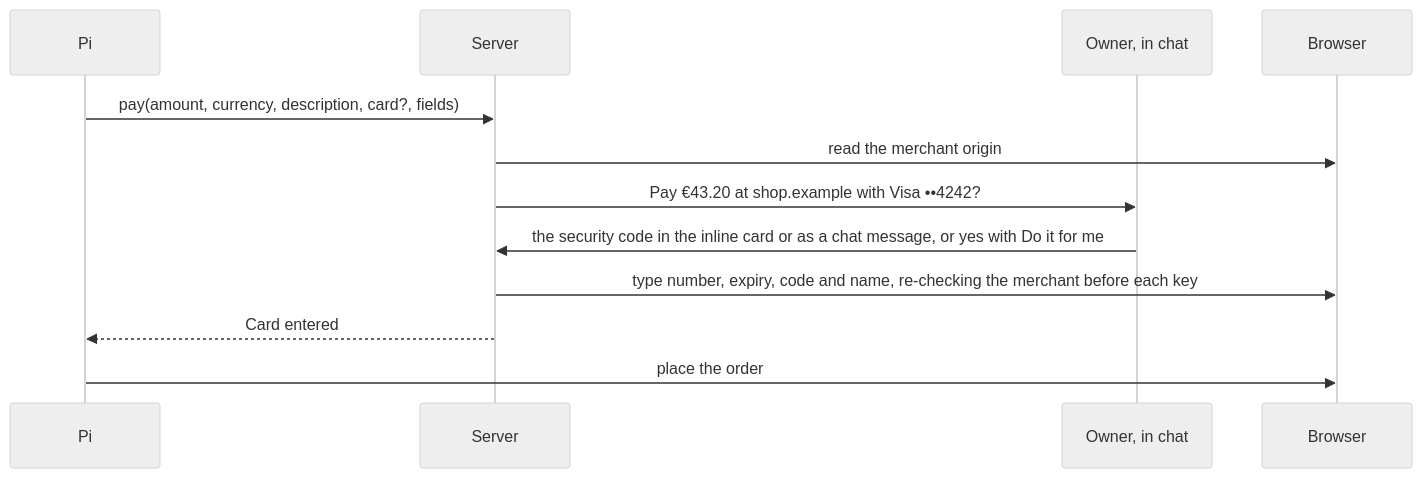
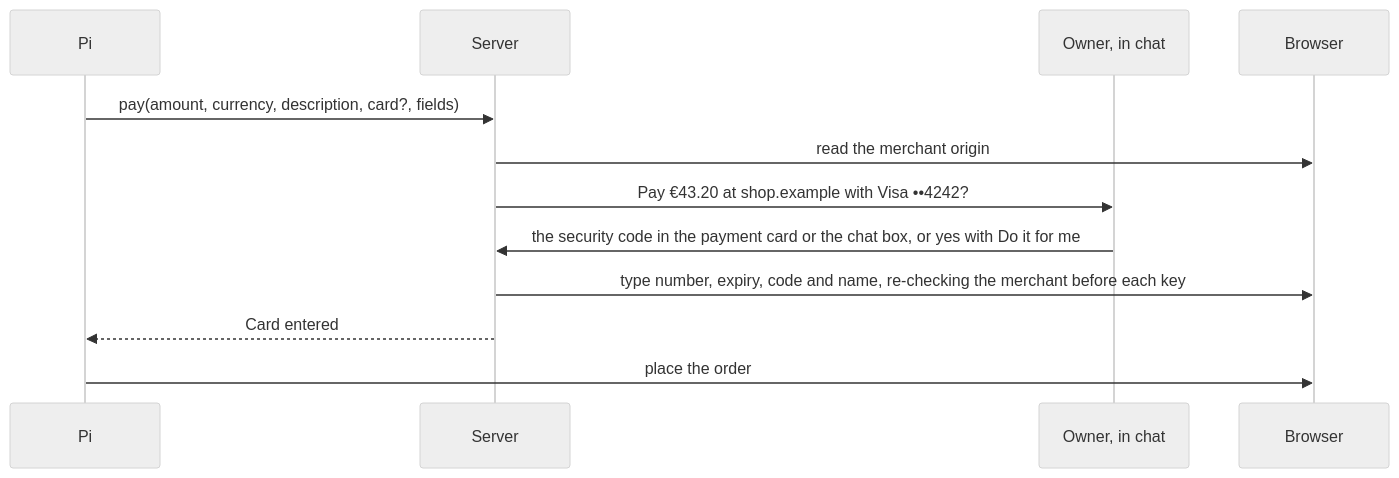
One commit to n8n-io/nod changed the diagram in docs/vault/payments.md. Above: the diagram before and after it, drawn with Mermaid (neutral theme). The commit also changed other lines of this file and 15 other files, not shown here.

First line of the commit message:
Bind payments to their checkout page and route chat codes to the payment card

````diff
--- a/docs/vault/payments.md
+++ b/docs/vault/payments.md
@@ -37,14 +37,14 @@
 ```mermaid
 sequenceDiagram
   participant Pi
   participant S as Server
   participant O as Owner, in chat
   participant B as Browser
   Pi->>S: pay(amount, currency, description, card?, fields)
   S->>B: read the merchant origin
   S->>O: Pay €43.20 at shop.example with Visa ••4242?
-  O->>S: the security code in the inline card or as a chat message, or yes with Do it for me
+  O->>S: the security code in the payment card or the chat box, or yes with Do it for me
   S->>B: type number, expiry, code and name, re-checking the merchant before each key
   S-->>Pi: Card entered
   Pi->>B: place the order
 ```
````
